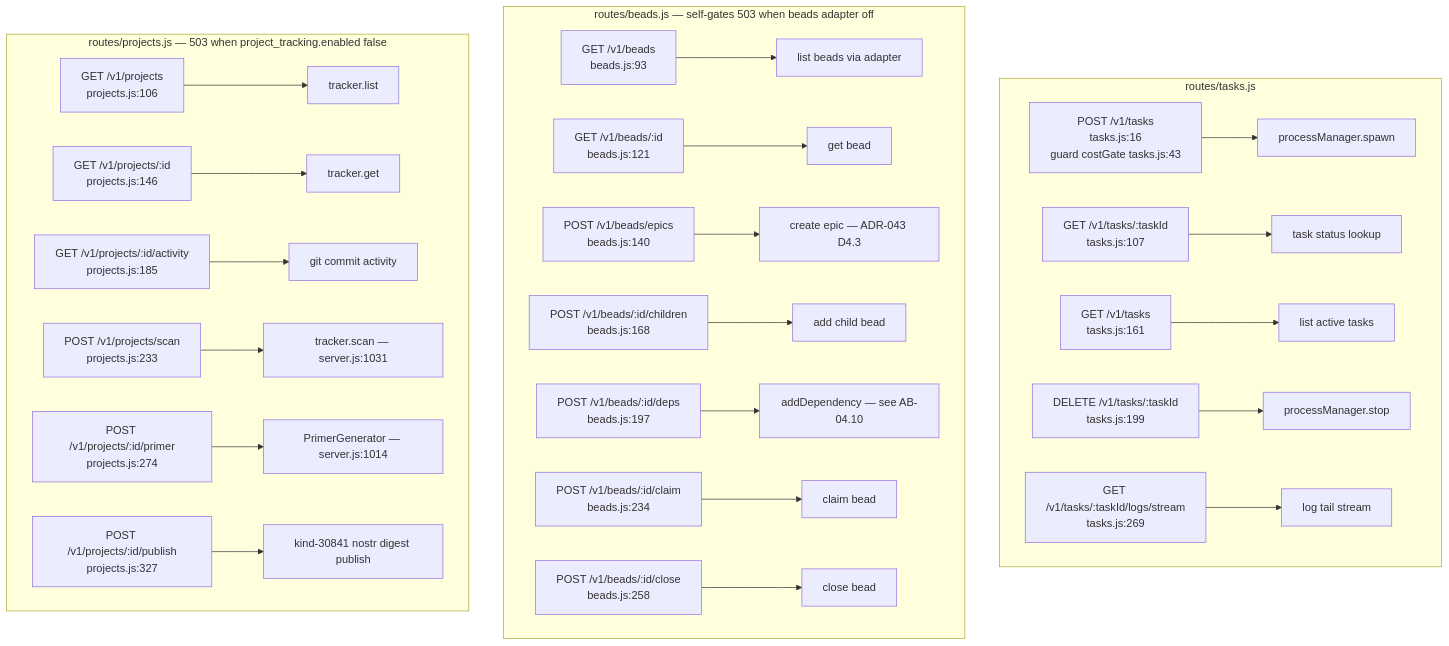
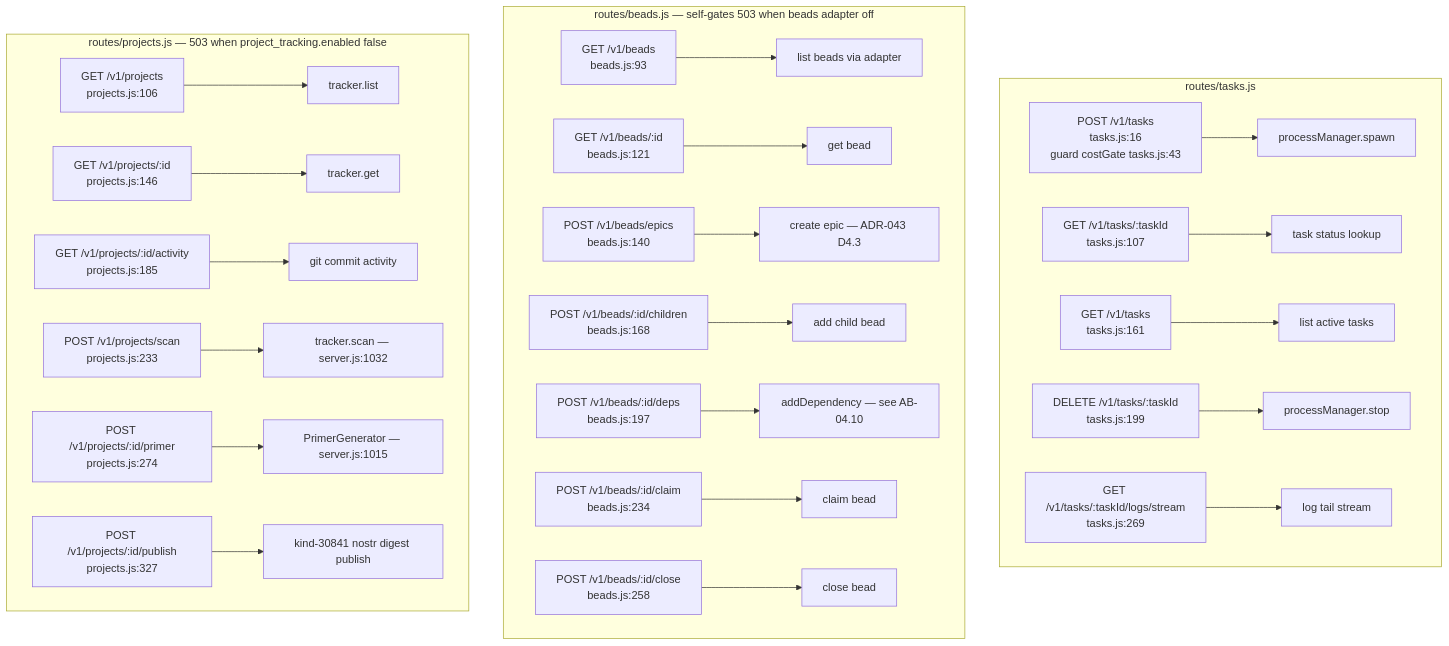
The seventh of 17 diagrams in docs/diagrams/agentbox/03-management-api-request-lifecycle.md (DreamLab-AI/VisionFlow), drawn with Mermaid before and after one commit. The commit also changed other lines of this file and 17 other files, not shown here.

````diff
--- a/docs/diagrams/agentbox/03-management-api-request-lifecycle.md
+++ b/docs/diagrams/agentbox/03-management-api-request-lifecycle.md
@@ -300,27 +301,27 @@
 ```mermaid
 flowchart TD
     subgraph tasks["routes/tasks.js"]
         T1["POST /v1/tasks<br/>tasks.js:16<br/>guard costGate tasks.js:43"] --> TH1["processManager.spawn"]
         T2["GET /v1/tasks/:taskId<br/>tasks.js:107"] --> TH2["task status lookup"]
         T3["GET /v1/tasks<br/>tasks.js:161"] --> TH3["list active tasks"]
         T4["DELETE /v1/tasks/:taskId<br/>tasks.js:199"] --> TH4["processManager.stop"]
         T5["GET /v1/tasks/:taskId/logs/stream<br/>tasks.js:269"] --> TH5["log tail stream"]
     end
     subgraph beads["routes/beads.js — self-gates 503 when beads adapter off"]
         B1["GET /v1/beads<br/>beads.js:93"] --> BH1["list beads via adapter"]
         B2["GET /v1/beads/:id<br/>beads.js:121"] --> BH2["get bead"]
         B3["POST /v1/beads/epics<br/>beads.js:140"] --> BH3["create epic — ADR-043 D4.3"]
         B4["POST /v1/beads/:id/children<br/>beads.js:168"] --> BH4["add child bead"]
         B5["POST /v1/beads/:id/deps<br/>beads.js:197"] --> BH5["addDependency — see AB-04.10"]
         B6["POST /v1/beads/:id/claim<br/>beads.js:234"] --> BH6["claim bead"]
         B7["POST /v1/beads/:id/close<br/>beads.js:258"] --> BH7["close bead"]
     end
     subgraph projects["routes/projects.js — 503 when project_tracking.enabled false"]
         P1["GET /v1/projects<br/>projects.js:106"] --> PH1["tracker.list"]
         P2["GET /v1/projects/:id<br/>projects.js:146"] --> PH2["tracker.get"]
         P3["GET /v1/projects/:id/activity<br/>projects.js:185"] --> PH3["git commit activity"]
-        P4["POST /v1/projects/scan<br/>projects.js:233"] --> PH4["tracker.scan — server.js:1031"]
-        P5["POST /v1/projects/:id/primer<br/>projects.js:274"] --> PH5["PrimerGenerator — server.js:1014"]
+        P4["POST /v1/projects/scan<br/>projects.js:233"] --> PH4["tracker.scan — server.js:1032"]
+        P5["POST /v1/projects/:id/primer<br/>projects.js:274"] --> PH5["PrimerGenerator — server.js:1015"]
         P6["POST /v1/projects/:id/publish<br/>projects.js:327"] --> PH6["kind-30841 nostr digest publish"]
     end
 ```
````
